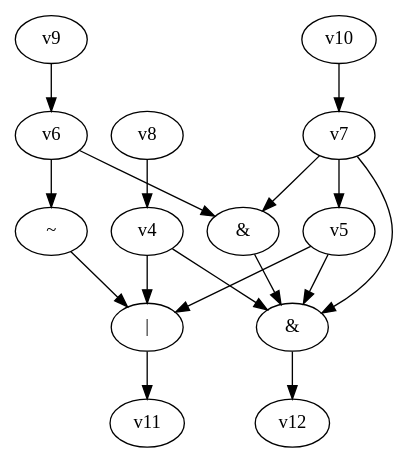
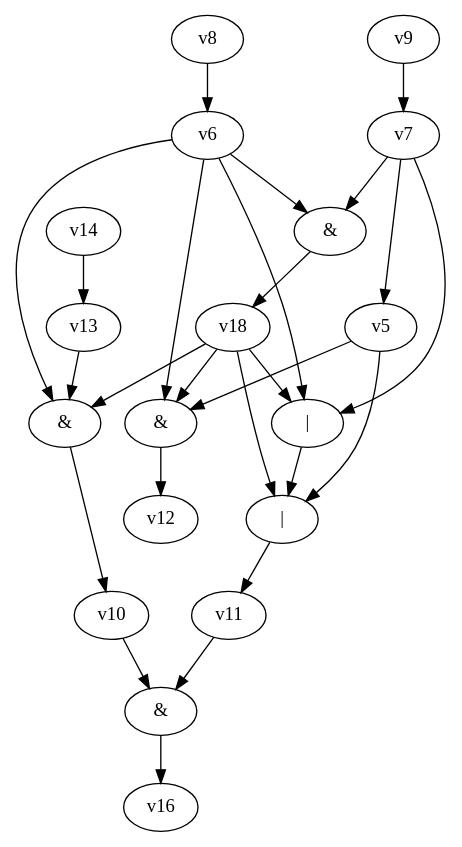
Before and after one commit to yadej/graph_project: the diagram in dot_files/random_bool_circ.dot, drawn with Graphviz. The commit also changed 1 other file, not shown here.

```diff
--- a/dot_files/random_bool_circ.dot
+++ b/dot_files/random_bool_circ.dot
@@ -1,22 +1,29 @@
 digraph G { 
-v0 [label="|"]; 
-v1 [label="&"]; 
+v0 [label="&"]; 
+v1 [label="|"]; 
 v2 [label="&"]; 
-v3 [label="~"]; 
-v0 -> v11;
-v1 -> v12;
-v2 -> v1;
-v3 -> v0;
-v4 -> v0;
-v4 -> v1;
-v5 -> v0;
+v3 [label="|"]; 
+v15 [label="&"]; 
+v17 [label="&"]; 
+v0 -> v10 -> v15 -> v16;
+v1 -> v11 -> v15;
+v2 -> v12;
+v3 -> v1;
 v5 -> v1;
+v5 -> v2;
+v6 -> v0;
 v6 -> v2;
 v6 -> v3;
-v7 -> v1;
-v7 -> v2;
+v6 -> v17 -> v18;
+v7 -> v3;
 v7 -> v5;
-v8 -> v4;
-v9 -> v6;
-v10 -> v7;
+v7 -> v17;
+v8 -> v6;
+v9 -> v7;
+v13 -> v0;
+v14 -> v13;
+v18 -> v0;
+v18 -> v1;
+v18 -> v2;
+v18 -> v3;
 }
```
